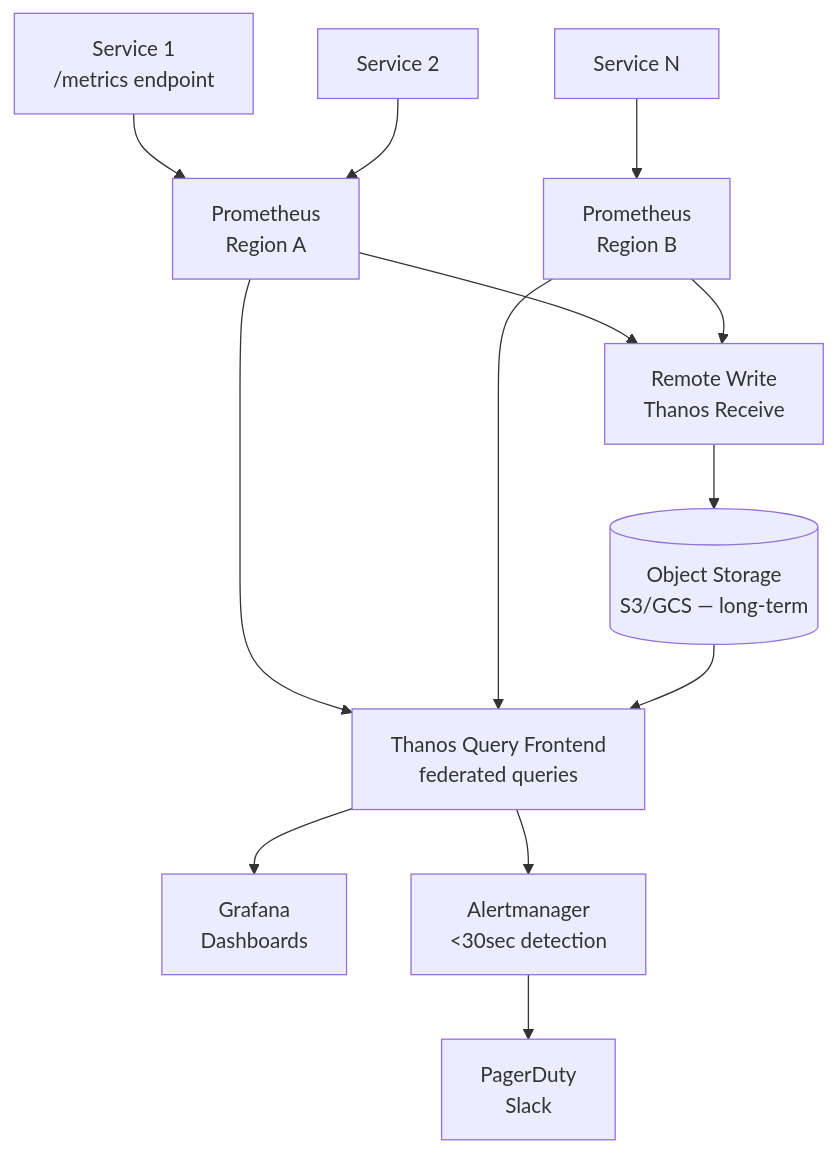
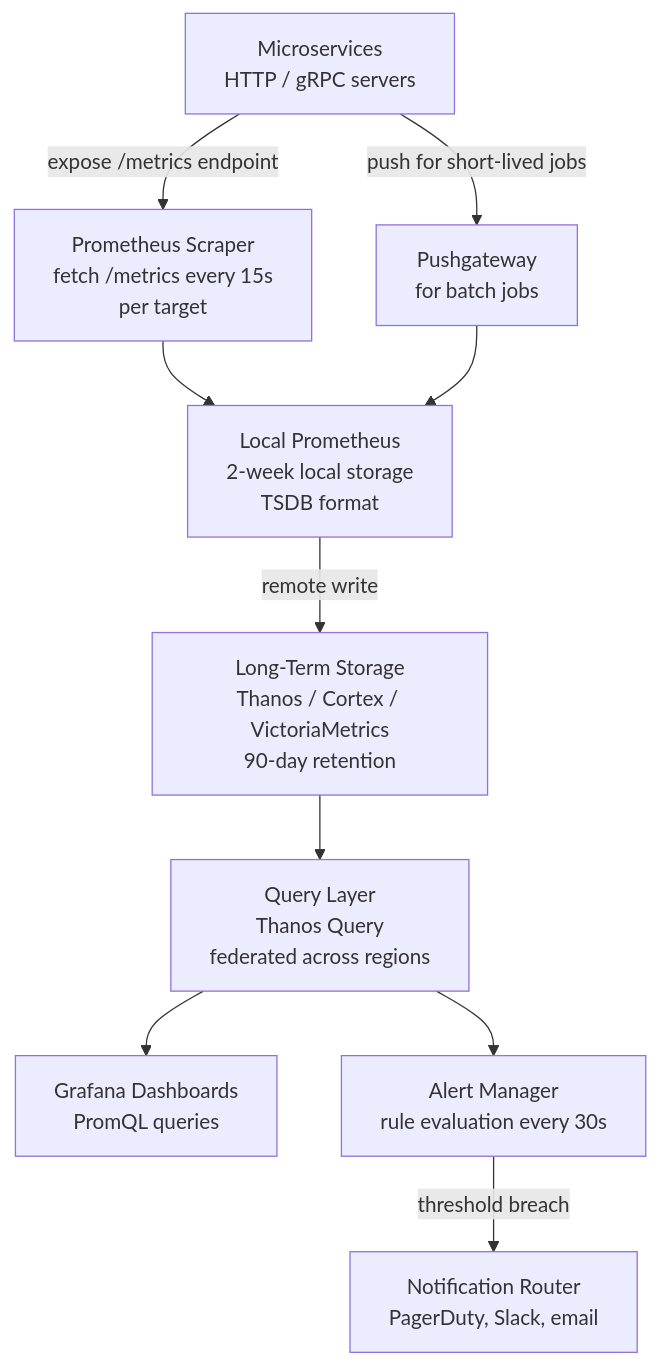
Before and after one commit to gauravprwl14/system-design-course: the first of 9 diagrams in docs-site/content/12-interview-prep/question-bank/system-design/design-metrics-monitoring.md, drawn with Mermaid. The commit also changed other lines of this file and 2 other files, not shown here.

Commit message:
feat(question-bank): add authorization-rbac-abac and database-query-caching

````diff
--- a/docs-site/content/12-interview-prep/question-bank/system-design/design-metrics-monitoring.md
+++ b/docs-site/content/12-interview-prep/question-bank/system-design/design-metrics-monitoring.md
@@ -40,15 +42,16 @@
 ```mermaid
 graph TD
-  S1[Service 1\n/metrics endpoint] --> P1[Prometheus\nRegion A]
-  S2[Service 2] --> P1
-  SN[Service N] --> P2[Prometheus\nRegion B]
-  P1 --> RM[Remote Write\nThanos Receive]
-  P2 --> RM
-  RM --> ObjStore[(Object Storage\nS3/GCS — long-term)]
-  P1 --> QF[Thanos Query Frontend\nfederated queries]
-  P2 --> QF
-  ObjStore --> QF
-  QF --> Grafana[Grafana\nDashboards]
-  QF --> AM[Alertmanager\n<30sec detection]
-  AM --> PD[PagerDuty\nSlack]
+  Services[Microservices\nHTTP / gRPC servers] -->|expose /metrics endpoint| Scraper[Prometheus Scraper\nfetch /metrics every 15s\nper target]
+  Services -->|push for short-lived jobs| PushGW[Pushgateway\nfor batch jobs]
+
+  Scraper --> LocalPrometheus[Local Prometheus\n2-week local storage\nTSDB format]
+  PushGW --> LocalPrometheus
+
+  LocalPrometheus -->|remote write| LongTermStore[Long-Term Storage\nThanos / Cortex / VictoriaMetrics\n90-day retention]
+
+  LongTermStore --> QueryLayer[Query Layer\nThanos Query\nfederated across regions]
+  QueryLayer --> Grafana[Grafana Dashboards\nPromQL queries]
+  QueryLayer --> AlertManager[Alert Manager\nrule evaluation every 30s]
+
+  AlertManager -->|threshold breach| NotifRouter[Notification Router\nPagerDuty, Slack, email]
 ```
````
